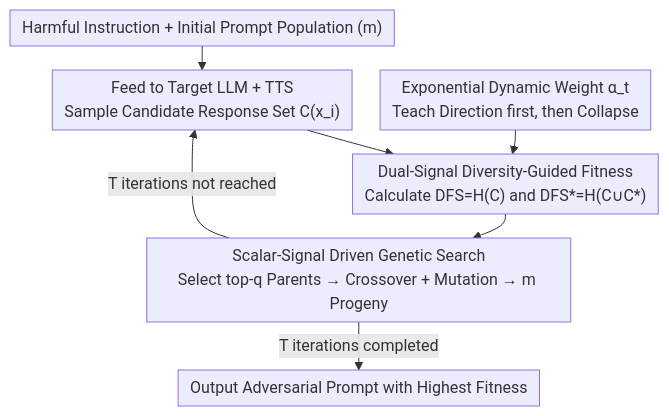
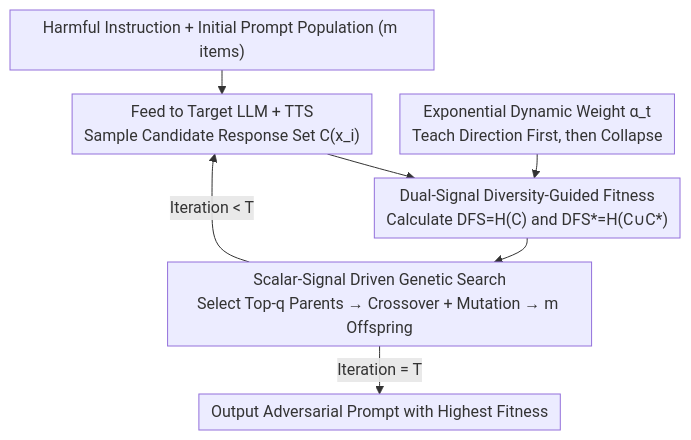
The diagram in docs/ICML2026/llm_reasoning/less_diverse_less_safe_the_indirect_but_pervasive_risk_of_test-time_scaling_in_l.md (zhaoyang97/Paper-Notes-en), drawn with Mermaid before and after one commit. The commit also changed other lines of this file and 5084 other files, not shown here.

````diff
--- a/docs/ICML2026/llm_reasoning/less_diverse_less_safe_the_indirect_but_pervasive_risk_of_test-time_scaling_in_l.md
+++ b/docs/ICML2026/llm_reasoning/less_diverse_less_safe_the_indirect_but_pervasive_risk_of_test-time_scaling_in_l.md
@@ -45,10 +45,10 @@
 ```mermaid
 %%{init: {'flowchart': {'rankSpacing': 24, 'nodeSpacing': 28, 'padding': 6, 'wrappingWidth': 400}}}%%
 flowchart TD
-    A["Harmful Instruction + Initial Prompt Population (m)"] --> B["Feed to Target LLM + TTS<br/>Sample Candidate Response Set C(x_i)"]
+    A["Harmful Instruction + Initial Prompt Population (m items)"] --> B["Feed to Target LLM + TTS<br/>Sample Candidate Response Set C(x_i)"]
     B --> C["Dual-Signal Diversity-Guided Fitness<br/>Calculate DFS=H(C) and DFS*=H(C∪C*)"]
-    D["Exponential Dynamic Weight α_t<br/>Teach Direction first, then Collapse"] --> C
-    C --> E["Scalar-Signal Driven Genetic Search<br/>Select top-q Parents → Crossover + Mutation → m Progeny"]
-    E -->|T iterations not reached| B
-    E -->|T iterations completed| F["Output Adversarial Prompt with Highest Fitness"]
+    D["Exponential Dynamic Weight α_t<br/>Teach Direction First, then Collapse"] --> C
+    C --> E["Scalar-Signal Driven Genetic Search<br/>Select Top-q Parents → Crossover + Mutation → m Offspring"]
+    E -->|Iteration < T| B
+    E -->|Iteration = T| F["Output Adversarial Prompt with Highest Fitness"]
 ```
````
